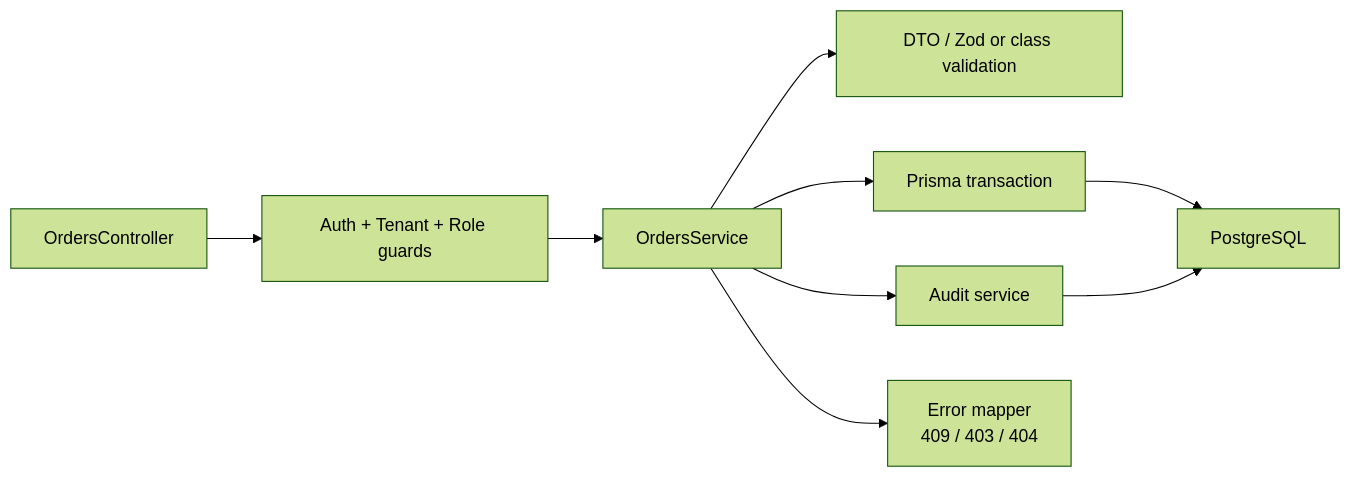
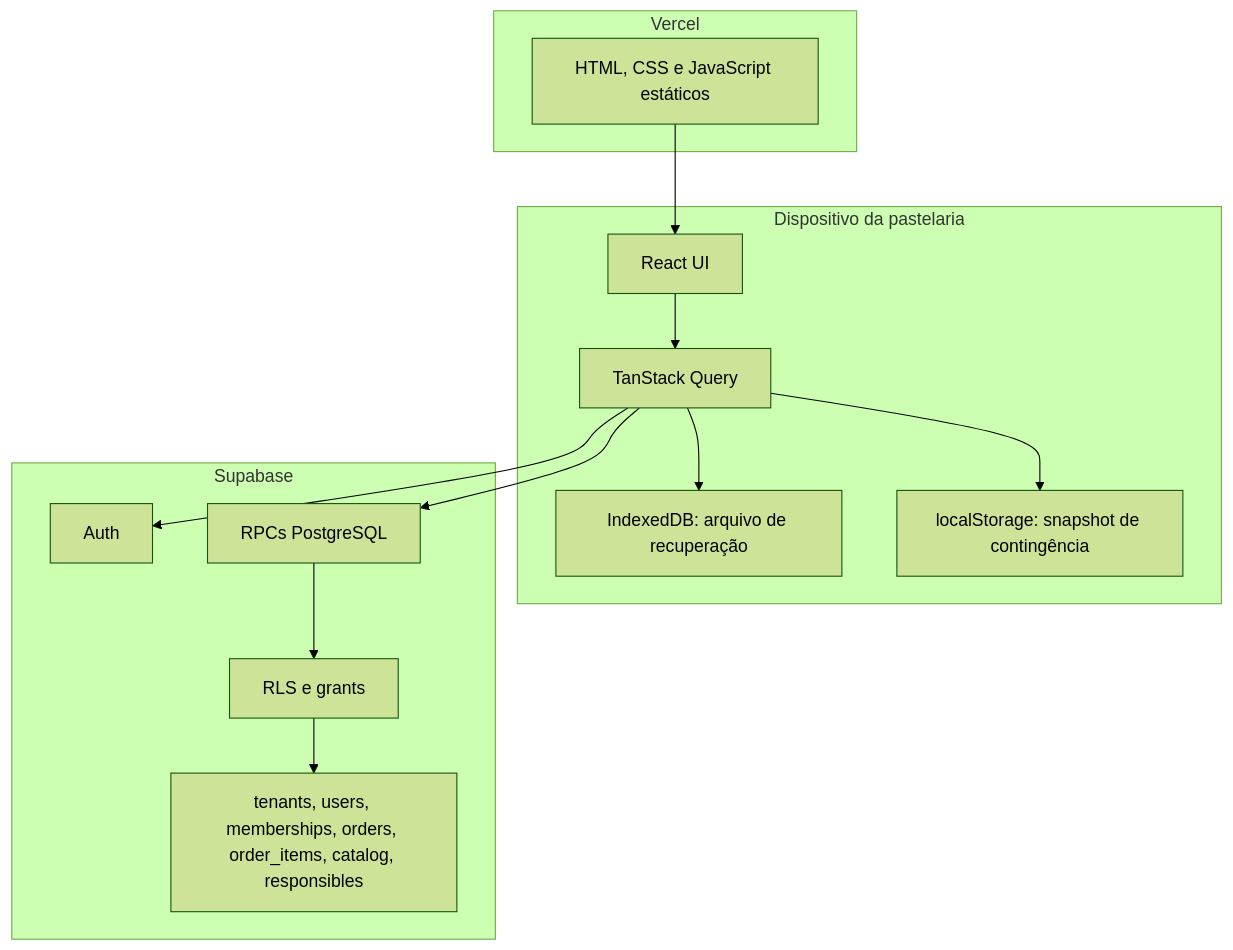
The diagram in docs/architecture/system-design.md (RodrigoSubtil/order-manager), drawn with Mermaid (forest theme) before and after one commit. The commit also changed other lines of this file and 62 other files, not shown here.

````diff
--- a/docs/architecture/system-design.md
+++ b/docs/architecture/system-design.md
@@ -51,11 +7,29 @@
 ```mermaid
-flowchart LR
-  C["OrdersController"] --> G["Auth + Tenant + Role guards"]
-  G --> S["OrdersService"]
-  S --> V["DTO / Zod or class validation"]
-  S --> T["Prisma transaction"]
-  T --> D["PostgreSQL"]
-  S --> L["Audit service"]
-  L --> D
-  S --> E["Error mapper\n409 / 403 / 404"]
+flowchart TB
+  subgraph Device["Dispositivo da pastelaria"]
+    UI["React UI"]
+    Q["TanStack Query"]
+    IDB["IndexedDB: arquivo de recuperação"]
+    LS["localStorage: snapshot de contingência"]
+  end
+
+  subgraph Vercel
+    Static["HTML, CSS e JavaScript estáticos"]
+  end
+
+  subgraph Supabase
+    Auth["Auth"]
+    RPC["RPCs PostgreSQL"]
+    RLS["RLS e grants"]
+    Tables["tenants, users, memberships, orders, order_items, catalog, responsibles"]
+  end
+
+  Static --> UI
+  UI --> Q
+  Q --> Auth
+  Q --> RPC
+  RPC --> RLS
+  RLS --> Tables
+  Q --> IDB
+  Q --> LS
 ```
````
